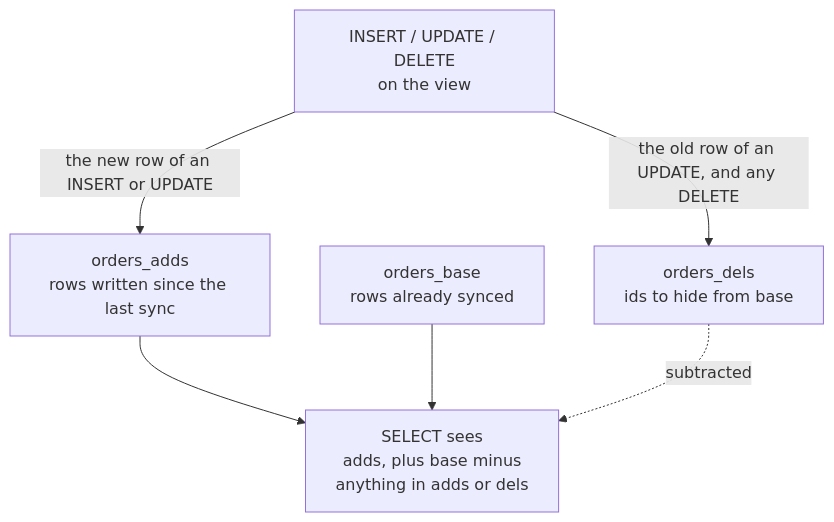
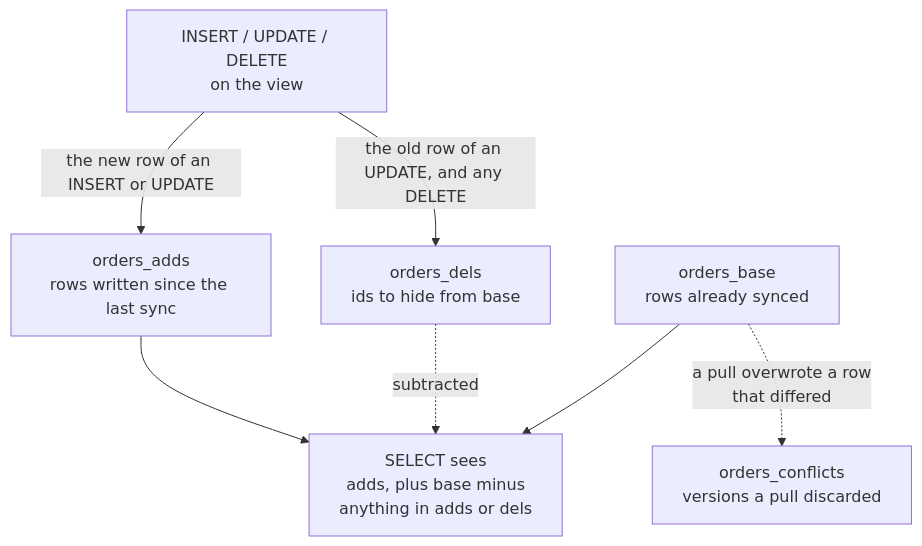
One commit to heyobi/dbcenter changed the second of 5 diagrams in README.md. Above: the diagram before and after it, drawn with Mermaid. The commit also changed other lines of this file and 11 other files, not shown here.

````diff
--- a/README.md
+++ b/README.md
@@ -99,15 +99,18 @@
 ```mermaid
 flowchart TB
     w["INSERT / UPDATE / DELETE<br/>on the view"]
     adds["orders_adds<br/>rows written since the last sync"]
     dels["orders_dels<br/>ids to hide from base"]
     base["orders_base<br/>rows already synced"]
     r["SELECT sees<br/>adds, plus base minus<br/>anything in adds or dels"]
 
     w -->|"the new row of an INSERT or UPDATE"| adds
     w -->|"the old row of an UPDATE, and any DELETE"| dels
 
     adds --> r
     base --> r
     dels -.->|"subtracted"| r
+
+    conf["orders_conflicts<br/>versions a pull discarded"]
+    base -.->|"a pull overwrote a row<br/>that differed"| conf
 ```
````
